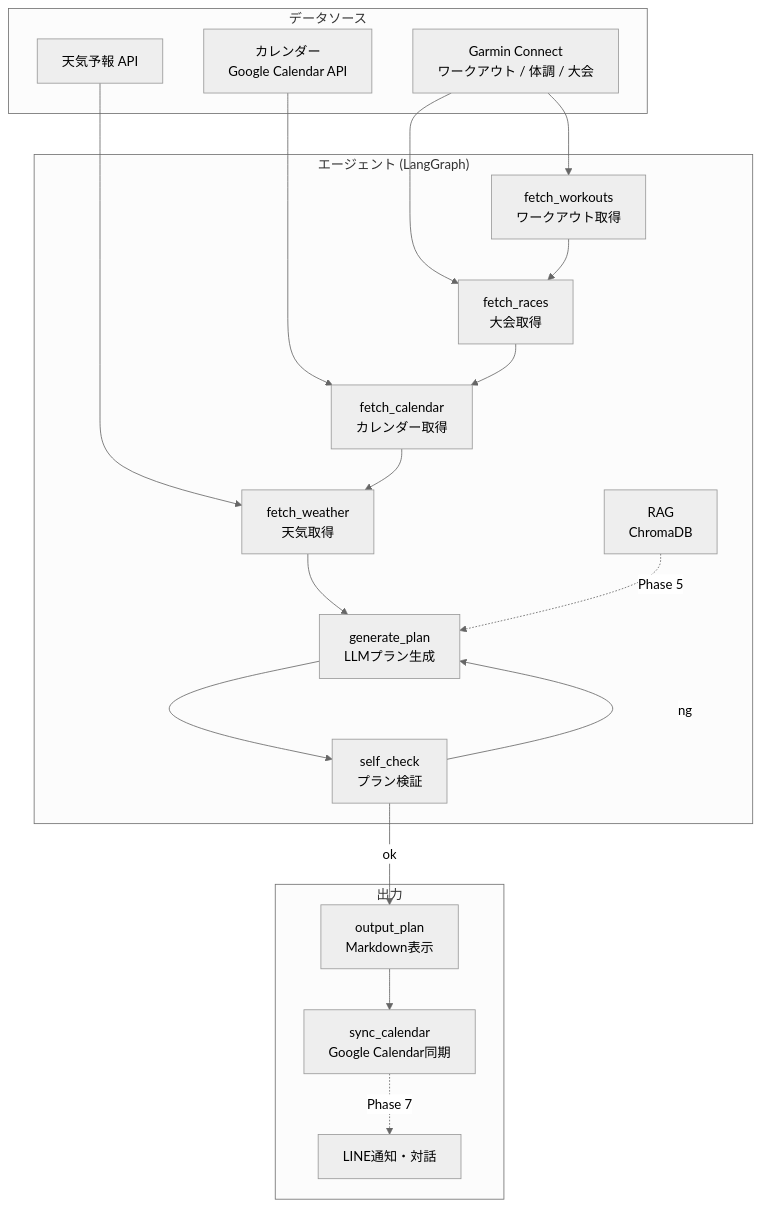
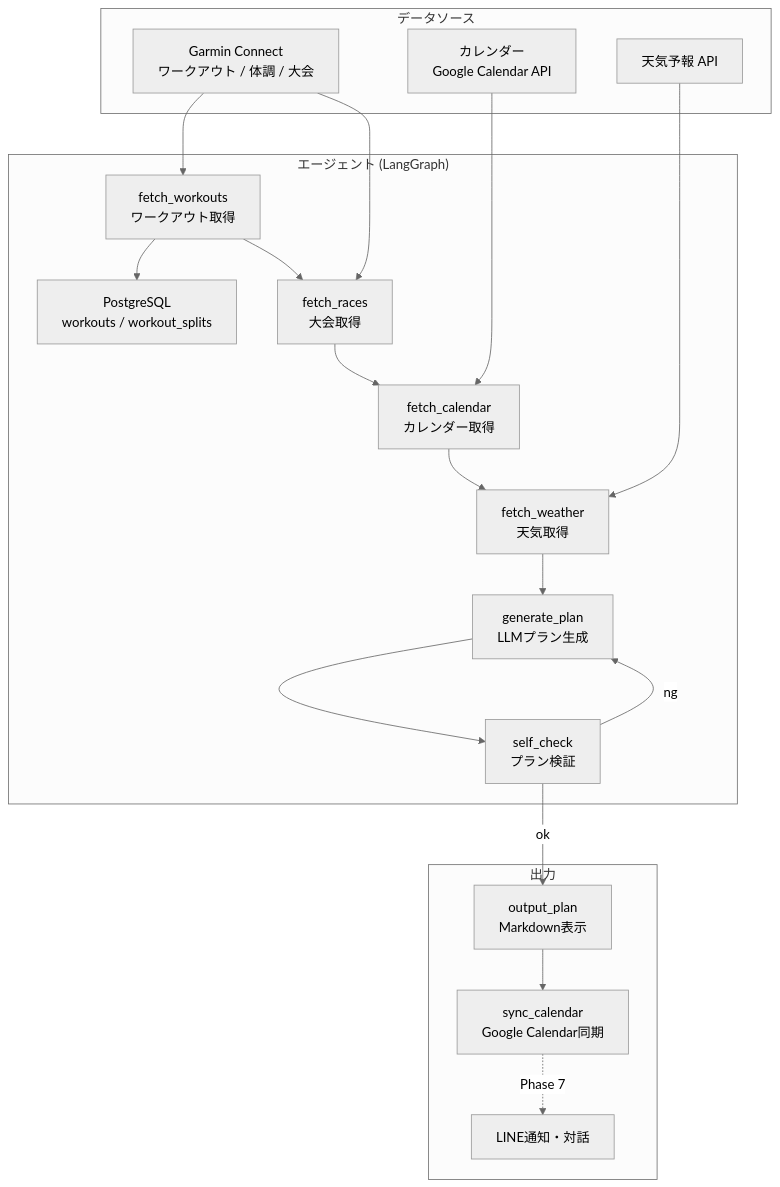
Before and after one commit to fuzztarou/run-coach: the first of 5 diagrams in DESIGN.md, drawn with Mermaid (neutral theme). The commit also changed other lines of this file and 4 other files, not shown here.

First line of the commit message:
docs: Phase5をRAG→PostgreSQL移行に変更、Phase6/7を拡充 (#25)

````diff
--- a/DESIGN.md
+++ b/DESIGN.md
@@ -24,36 +24,36 @@
 ```mermaid
 flowchart TB
     subgraph データソース
         G[Garmin Connect<br>ワークアウト / 体調 / 大会]
         C[カレンダー<br>Google Calendar API]
         W[天気予報 API]
     end
 
     subgraph エージェント["エージェント (LangGraph)"]
         FW[fetch_workouts<br>ワークアウト取得]
         FR[fetch_races<br>大会取得]
         FC[fetch_calendar<br>カレンダー取得]
         FWE[fetch_weather<br>天気取得]
+        DB[PostgreSQL<br>workouts / workout_splits]
         LLM[generate_plan<br>LLMプラン生成]
         SC[self_check<br>プラン検証]
-        RAG[RAG<br>ChromaDB]
     end
 
     subgraph 出力
         MD[output_plan<br>Markdown表示]
         SYNC[sync_calendar<br>Google Calendar同期]
         LINE[LINE通知・対話]
     end
 
     G --> FW
     G --> FR
     C --> FC
     W --> FWE
+    FW --> DB
     FW --> FR --> FC --> FWE --> LLM
     LLM --> SC
     SC -->|ok| MD
     SC -->|ng| LLM
-    RAG -.->|Phase 5| LLM
     MD --> SYNC
     SYNC -.->|Phase 7| LINE
 ```
````
